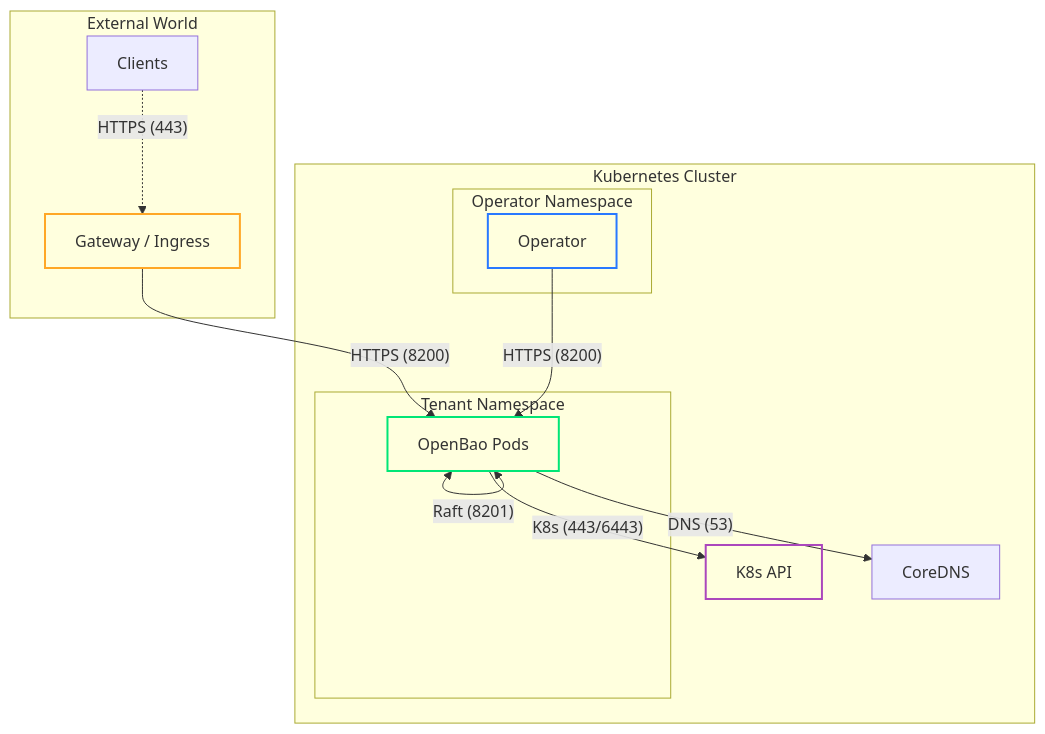
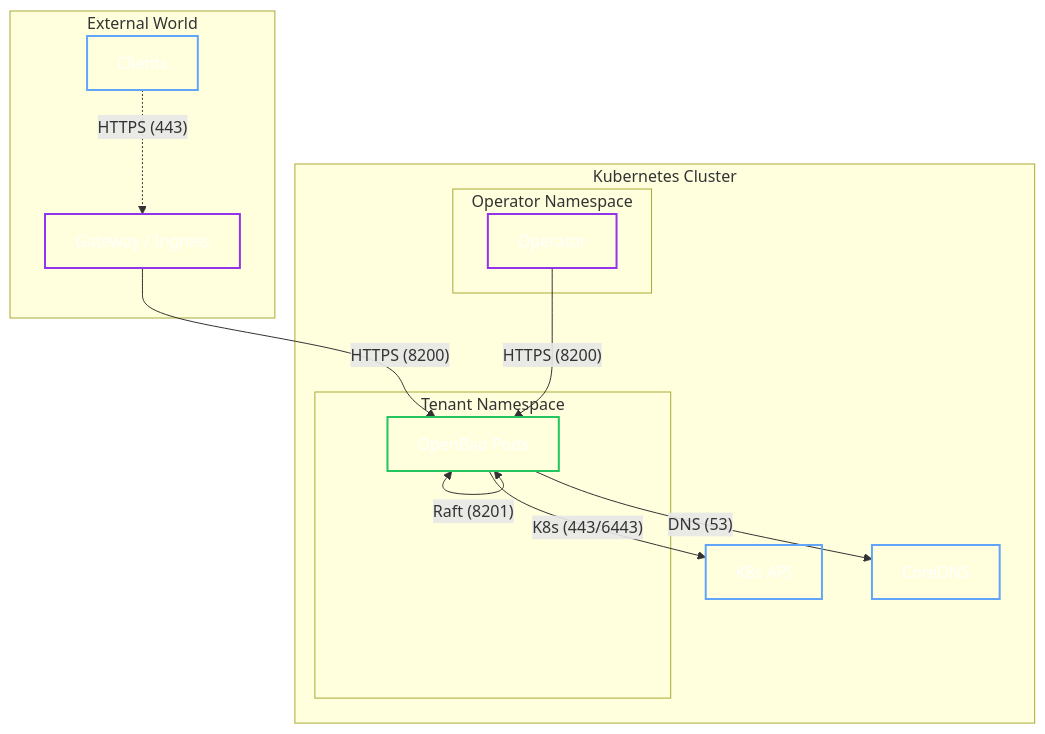
One commit to dc-tec/openbao-operator changed the diagram in docs/user-guide/openbaocluster/configuration/network.md. Above: the diagram before and after it, drawn with Mermaid. The commit also changed 48 other files, not shown here.

````diff
--- a/docs/user-guide/openbaocluster/configuration/network.md
+++ b/docs/user-guide/openbaocluster/configuration/network.md
@@ -9,37 +9,39 @@
 ```mermaid
 flowchart TB
     subgraph External["External World"]
         GW[Gateway / Ingress]
         Client[Clients]
     end
 
     subgraph Cluster["Kubernetes Cluster"]
         API[K8s API]
         DNS[CoreDNS]
         
         subgraph OperatorNS["Operator Namespace"]
             Op[Operator]
         end
 
         subgraph TenantNS["Tenant Namespace"]
             Bao[OpenBao Pods]
         end
     end
 
     %% Ingress Flows
     GW & Op -->|"HTTPS (8200)"| Bao
     Client -.->|"HTTPS (443)"| GW
     
     %% Internal Flows
     Bao <-->|"Raft (8201)"| Bao
 
     %% Egress Flows
     Bao -->|"DNS (53)"| DNS
     Bao -->|"K8s (443/6443)"| API
 
-    %% Styling
-    style Bao fill:transparent,stroke:#00e676,stroke-width:2px
-    style Op fill:transparent,stroke:#2979ff,stroke-width:2px
-    style GW fill:transparent,stroke:#ffa726,stroke-width:2px
-    style API fill:transparent,stroke:#ab47bc,stroke-width:2px
+    classDef write fill:transparent,stroke:#22c55e,stroke-width:2px,color:#fff;
+    classDef read fill:transparent,stroke:#60a5fa,stroke-width:2px,color:#fff;
+    classDef process fill:transparent,stroke:#9333ea,stroke-width:2px,color:#fff;
+
+    class Bao write;
+    class Op,GW process;
+    class Client,API,DNS read;
 ```
````
